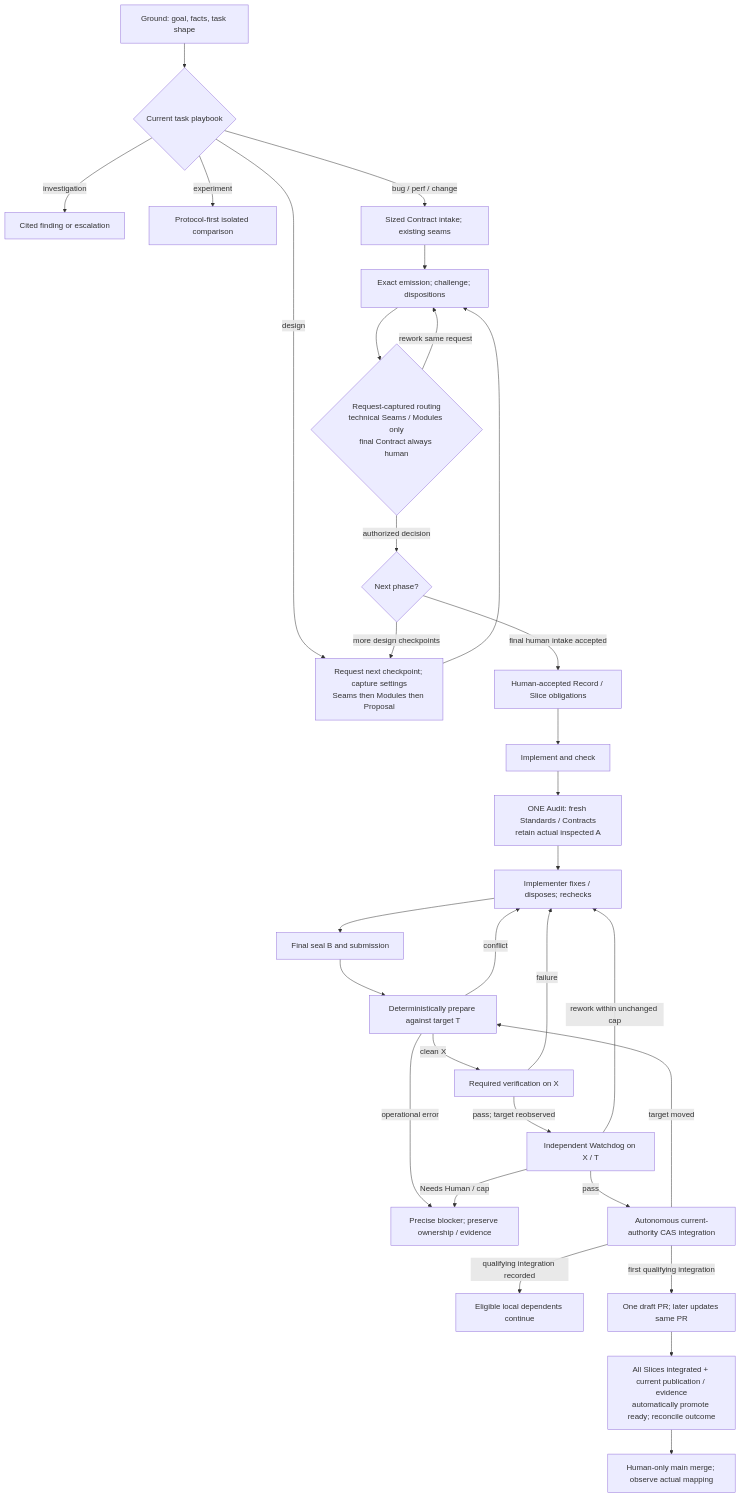
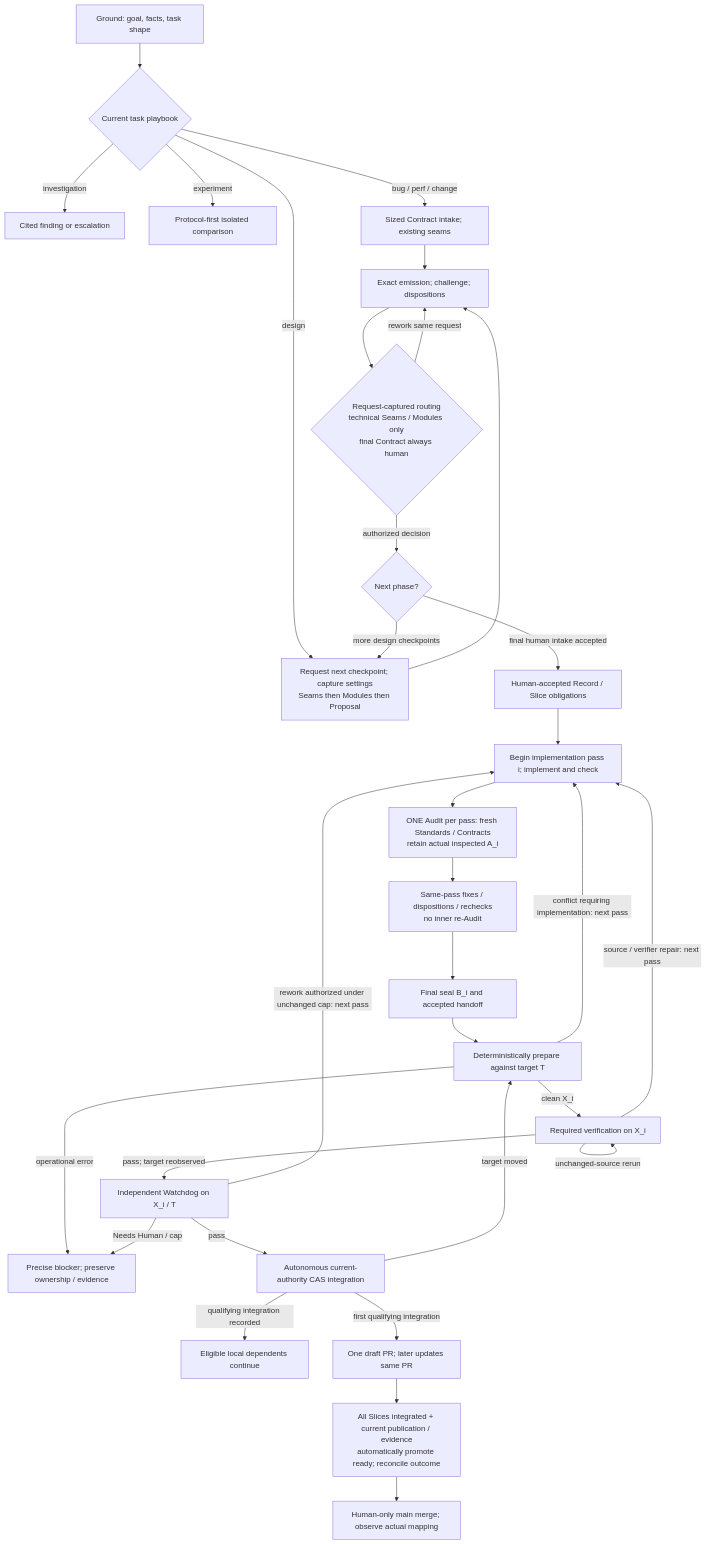
The first of 13 diagrams in docs/spec.md (vicrdguez/render), drawn with Mermaid before and after one commit. The commit also changed other lines of this file, not shown here.

````diff
--- a/docs/spec.md
+++ b/docs/spec.md
@@ -16,33 +16,34 @@
 ```mermaid
 flowchart TD
     G["Ground: goal, facts, task shape"] --> P{"Current task playbook"}
     P -->|"investigation"| F["Cited finding or escalation"]
     P -->|"experiment"| E["Protocol-first isolated comparison"]
     P -->|"bug / perf / change"| S["Sized Contract intake; existing seams"]
     P -->|"design"| D["Request next checkpoint; capture settings<br/>Seams then Modules then Proposal"]
     D --> C["Exact emission; challenge; dispositions"]
     S --> C
     C --> A{"Request-captured routing<br/>technical Seams / Modules only<br/>final Contract always human"}
     A -->|"rework same request"| C
     A -->|"authorized decision"| Q{"Next phase?"}
     Q -->|"more design checkpoints"| D
     Q -->|"final human intake accepted"| R["Human-accepted Record / Slice obligations"]
-    R --> I["Implement and check"]
-    I --> AU["ONE Audit: fresh Standards / Contracts<br/>retain actual inspected A"]
-    AU --> FX["Implementer fixes / disposes; rechecks"]
-    FX --> B["Final seal B and submission"]
+    R --> I["Begin implementation pass i; implement and check"]
+    I --> AU["ONE Audit per pass: fresh Standards / Contracts<br/>retain actual inspected A_i"]
+    AU --> FX["Same-pass fixes / dispositions / rechecks<br/>no inner re-Audit"]
+    FX --> B["Final seal B_i and accepted handoff"]
     B --> T["Deterministically prepare against target T"]
-    T -->|"conflict"| FX
+    T -->|"conflict requiring implementation: next pass"| I
     T -->|"operational error"| H["Precise blocker; preserve ownership / evidence"]
-    T -->|"clean X"| V["Required verification on X"]
-    V -->|"failure"| FX
-    V -->|"pass; target reobserved"| W["Independent Watchdog on X / T"]
-    W -->|"rework within unchanged cap"| FX
+    T -->|"clean X_i"| V["Required verification on X_i"]
+    V -->|"source / verifier repair: next pass"| I
+    V -->|"unchanged-source rerun"| V
+    V -->|"pass; target reobserved"| W["Independent Watchdog on X_i / T"]
+    W -->|"rework authorized under unchanged cap: next pass"| I
     W -->|"Needs Human / cap"| H
     W -->|"pass"| L["Autonomous current-authority CAS integration"]
     L -->|"target moved"| T
     L -->|"qualifying integration recorded"| N["Eligible local dependents continue"]
     L -->|"first qualifying integration"| PR["One draft PR; later updates same PR"]
     PR --> READY["All Slices integrated + current publication / evidence<br/>automatically promote ready; reconcile outcome"]
     READY --> HM["Human-only main merge; observe actual mapping"]
 ```
````
